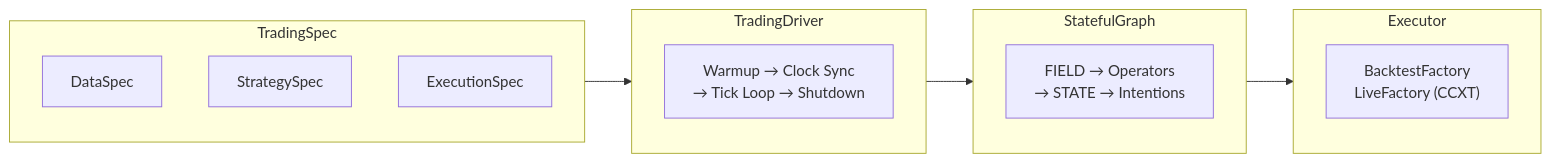
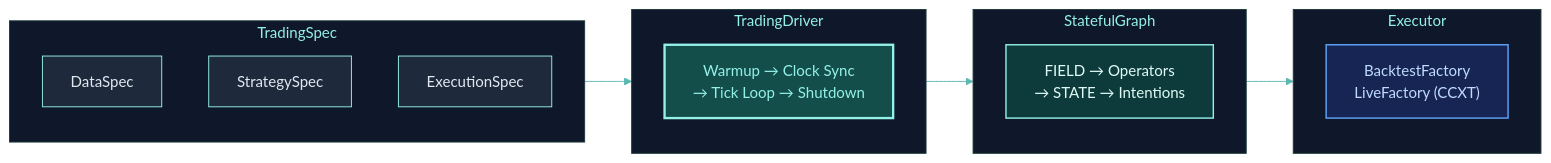
The second of 2 diagrams in platform/ecosystem-overview.mdx (Clypt/docs), drawn with Mermaid before and after one commit. The commit also changed other lines of this file and 73 other files, not shown here.

````diff
--- a/platform/ecosystem-overview.mdx
+++ b/platform/ecosystem-overview.mdx
@@ -52,20 +57,27 @@
 ```mermaid
+%%{init: {'theme': 'base', 'themeVariables': { 'primaryColor': '#1e293b', 'primaryTextColor': '#e2e8f0', 'primaryBorderColor': '#94F1E8', 'lineColor': '#5bb8b0', 'clusterBkg': '#0f172a', 'clusterBorder': '#1e3a3a', 'titleColor': '#94F1E8', 'edgeLabelBackground': 'transparent' }}}%%
 flowchart LR
+    classDef highlight fill:#134e4a,stroke:#94F1E8,stroke-width:2.5px,color:#94F1E8
+    classDef source fill:#0d3b3b,stroke:#94F1E8,stroke-width:1.5px,color:#e0faf7
+    classDef action fill:#172554,stroke:#60a5fa,stroke-width:1.5px,color:#bfdbfe
     subgraph L1["TradingSpec"]
         direction TB
         DS["DataSpec"]
         SS["StrategySpec"]
         ES["ExecutionSpec"]
     end
     subgraph L2["TradingDriver"]
         Driver["Warmup → Clock Sync<br>→ Tick Loop → Shutdown"]
     end
     subgraph L3["StatefulGraph"]
         Graph["FIELD → Operators<br>→ STATE → Intentions"]
     end
     subgraph L4["Executor"]
         Exec["BacktestFactory<br>LiveFactory (CCXT)"]
     end
 
     L1 --> L2 --> L3 --> L4
+    class Driver highlight
+    class Graph source
+    class Exec action
 ```
````
